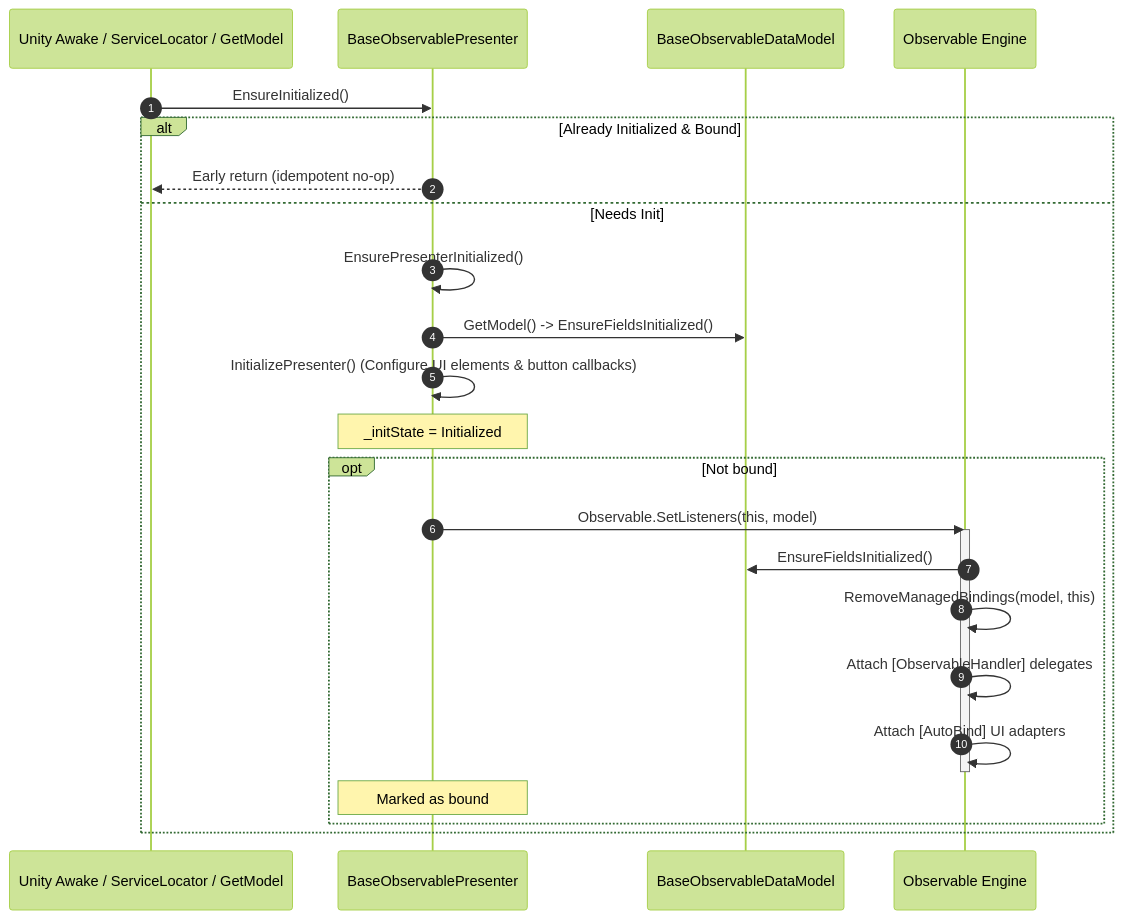
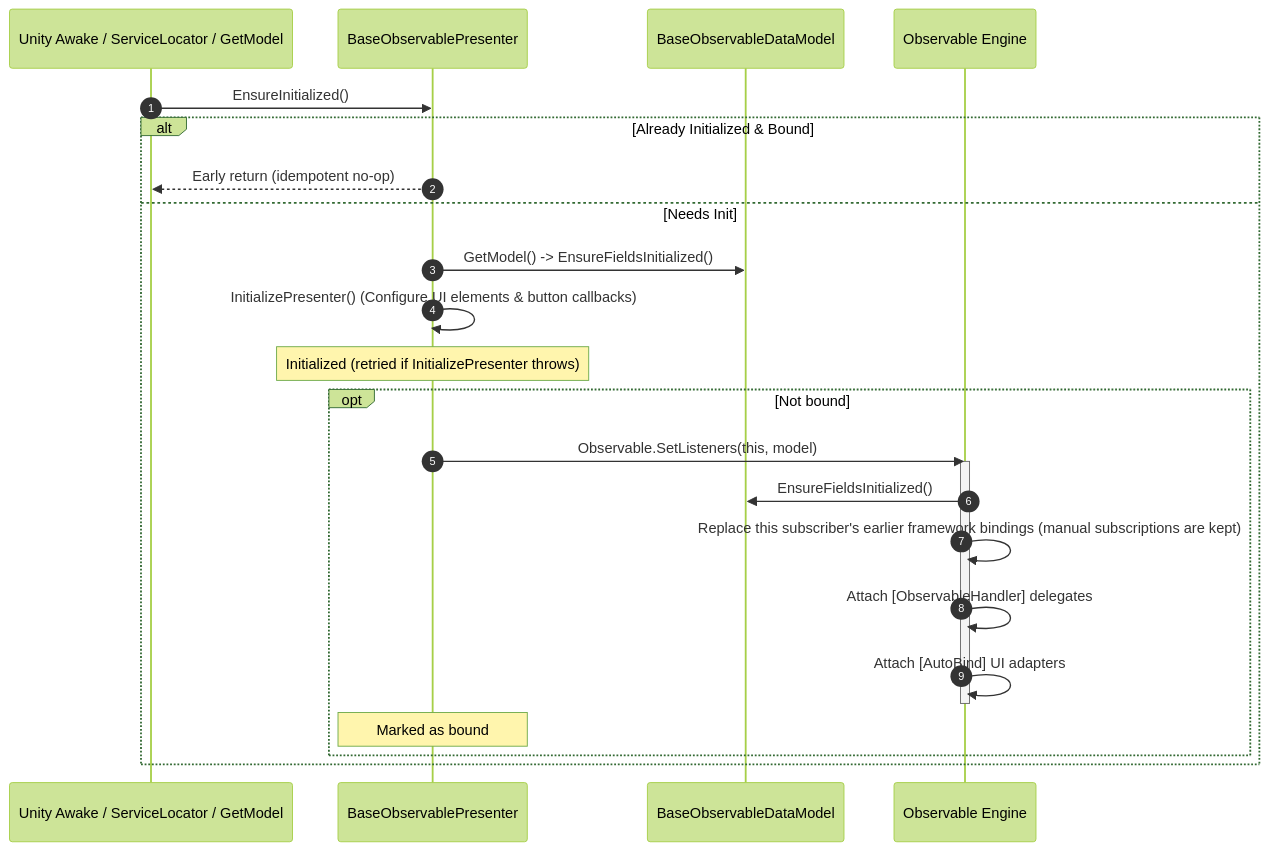
One commit to alexxtaurus83/unity-savableobservable changed the second of 5 diagrams in Packages/com.evialdev.savableobservable/Documentation~/UnityLifecycle.md. Above: the diagram before and after it, drawn with Mermaid (forest theme). The commit also changed other lines of this file and 65 other files, not shown here.

````diff
--- a/Packages/com.evialdev.savableobservable/Documentation~/UnityLifecycle.md
+++ b/Packages/com.evialdev.savableobservable/Documentation~/UnityLifecycle.md
@@ -71,28 +61,27 @@
 ```mermaid
 sequenceDiagram
     autonumber
     participant Caller as Unity Awake / ServiceLocator / GetModel
     participant P as BaseObservablePresenter
     participant M as BaseObservableDataModel
     participant Obs as Observable Engine
 
     Caller->>P: EnsureInitialized()
     alt Already Initialized & Bound
         P-->>Caller: Early return (idempotent no-op)
     else Needs Init
-        P->>P: EnsurePresenterInitialized()
         P->>M: GetModel() -> EnsureFieldsInitialized()
         P->>P: InitializePresenter() (Configure UI elements & button callbacks)
-        Note over P: _initState = Initialized
+        Note over P: Initialized (retried if InitializePresenter throws)
         opt Not bound
             P->>Obs: Observable.SetListeners(this, model)
             activate Obs
             Obs->>M: EnsureFieldsInitialized()
-            Obs->>Obs: RemoveManagedBindings(model, this)
+            Obs->>Obs: Replace this subscriber's earlier framework bindings (manual subscriptions are kept)
             Obs->>Obs: Attach [ObservableHandler] delegates
             Obs->>Obs: Attach [AutoBind] UI adapters
             deactivate Obs
             Note over P: Marked as bound
         end
     end
 ```
````
